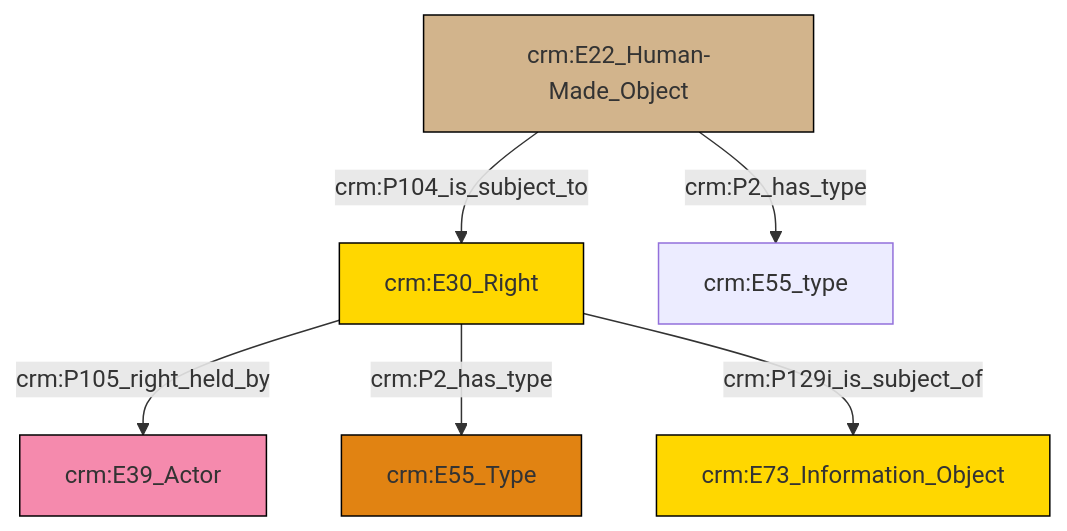
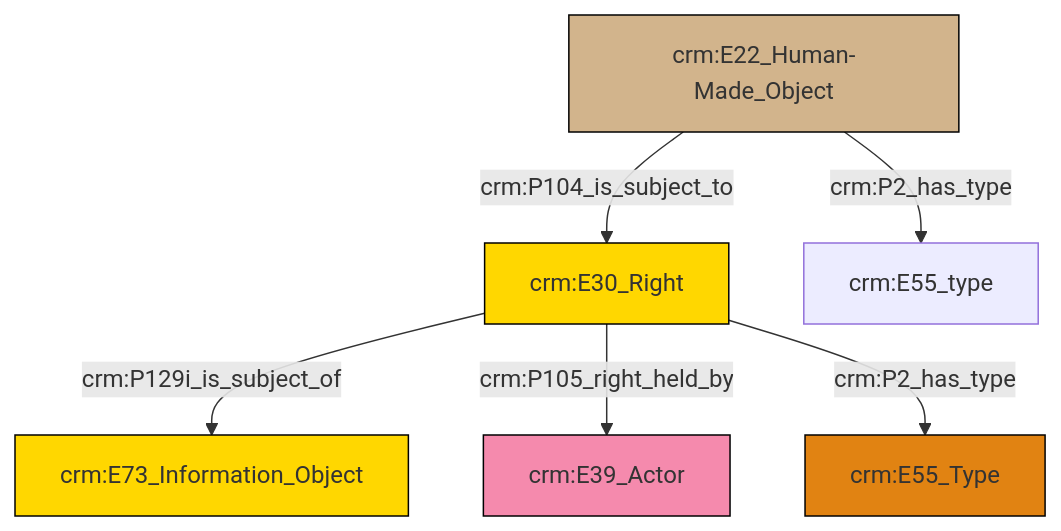
Before and after one commit to swiss-art-research-net/docs.swissartresearch: the diagram in et/builtWorkCSV/ttl/mmd/Built_Work_rights.ttl.mmd, drawn with Mermaid. The commit also changed 178 other files, not shown here.

```diff
--- a/et/builtWorkCSV/ttl/mmd/Built_Work_rights.ttl.mmd
+++ b/et/builtWorkCSV/ttl/mmd/Built_Work_rights.ttl.mmd
@@ -1,20 +1,20 @@
 graph TD
 classDef Literal fill:#f2f2f2,stroke:#000000;
 classDef CRM_Entity fill:#FFFFFF,stroke:#000000;
 classDef Temporal_Entity fill:#00C9E6, stroke:#000000;
 classDef Type fill:#E18312, stroke:#000000;
 classDef Time-Span fill:#2C9C91, stroke:#000000;
 classDef Appellation fill:#FFEB7F, stroke:#000000;
 classDef Place fill:#008836, stroke:#000000;
 classDef Persistent_Item fill:#B266B2, stroke:#000000;
 classDef Conceptual_Object fill:#FFD700, stroke:#000000;
 classDef Physical_Thing fill:#D2B48C, stroke:#000000;
 classDef Actor fill:#f58aad, stroke:#000000;
 classDef PC_Classes fill:#4ce600, stroke:#000000;
 classDef Multi fill:#cccccc,stroke:#000000;
 
-2["crm:E30_Right"]:::Conceptual_Object -->|crm:P105_right_held_by| 3["crm:E39_Actor"]:::Actor
-2["crm:E30_Right"]:::Conceptual_Object -->|crm:P2_has_type| 0["crm:E55_Type"]:::Type
-4["crm:E22_Human-Made_Object"]:::Physical_Thing -->|crm:P2_has_type| 6["crm:E55_type"]:::Default
-4["crm:E22_Human-Made_Object"]:::Physical_Thing -->|crm:P104_is_subject_to| 2["crm:E30_Right"]:::Conceptual_Object
-2["crm:E30_Right"]:::Conceptual_Object -->|crm:P129i_is_subject_of| 10["crm:E73_Information_Object"]:::Conceptual_Object
+6["crm:E22_Human-Made_Object"]:::Physical_Thing -->|crm:P104_is_subject_to| 4["crm:E30_Right"]:::Conceptual_Object
+4["crm:E30_Right"]:::Conceptual_Object -->|crm:P129i_is_subject_of| 7["crm:E73_Information_Object"]:::Conceptual_Object
+4["crm:E30_Right"]:::Conceptual_Object -->|crm:P105_right_held_by| 2["crm:E39_Actor"]:::Actor
+6["crm:E22_Human-Made_Object"]:::Physical_Thing -->|crm:P2_has_type| 10["crm:E55_type"]:::Default
+4["crm:E30_Right"]:::Conceptual_Object -->|crm:P2_has_type| 0["crm:E55_Type"]:::Type
```
